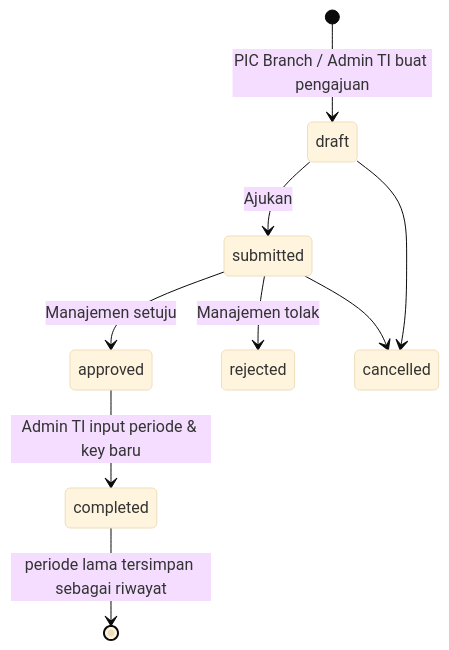
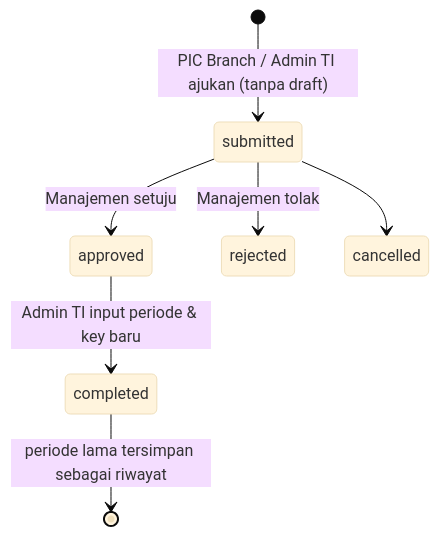
Before and after one commit to ahsanul22/simlis-pmt: the first of 2 diagrams in docs/DESAIN-ROLE-DAN-DATABASE.md, drawn with Mermaid (base theme). The commit also changed 10 other files, not shown here.

First line of the commit message:
feat(perpanjangan): hapus status draft, pengajuan langsung ke Manajemen

````diff
--- a/docs/DESAIN-ROLE-DAN-DATABASE.md
+++ b/docs/DESAIN-ROLE-DAN-DATABASE.md
@@ -42,11 +42,9 @@
 ```mermaid
 stateDiagram-v2
-    [*] --> draft: PIC Branch / Admin TI buat pengajuan
-    draft --> submitted: Ajukan
+    [*] --> submitted: PIC Branch / Admin TI ajukan (tanpa draft)
     submitted --> approved: Manajemen setuju
     submitted --> rejected: Manajemen tolak
     approved --> completed: Admin TI input periode & key baru
-    draft --> cancelled
     submitted --> cancelled
     completed --> [*]: periode lama tersimpan sebagai riwayat
 ```
````
